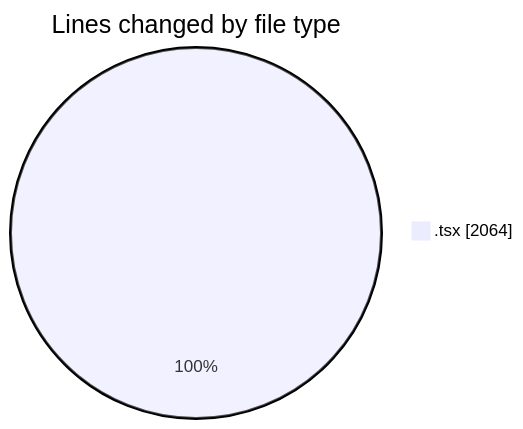
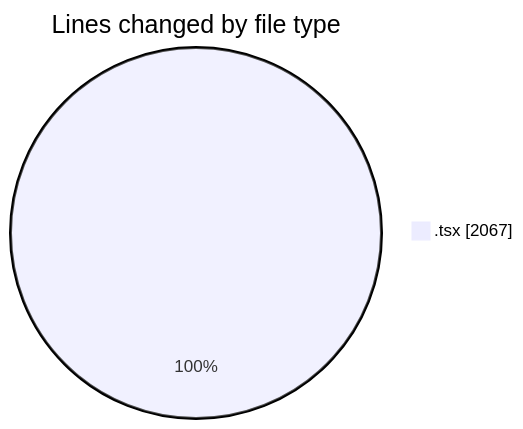
Before and after one commit to nxtqubesakshisongat/code-tracking: the first of 2 diagrams in 2026-03-22/nxtqube_webapp/README.md, drawn with Mermaid. The commit also changed other lines of this file and 1 other file, not shown here.

````diff
--- a/2026-03-22/nxtqube_webapp/README.md
+++ b/2026-03-22/nxtqube_webapp/README.md
@@ -22,5 +22,5 @@
 ```mermaid
 pie showData
 title Lines changed by file type
-".tsx" : 2064
+".tsx" : 2067
 ```
````
